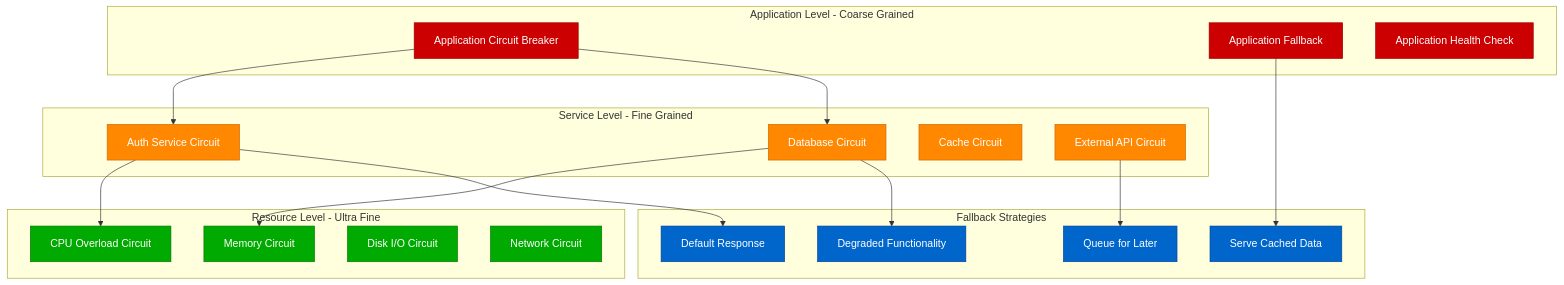
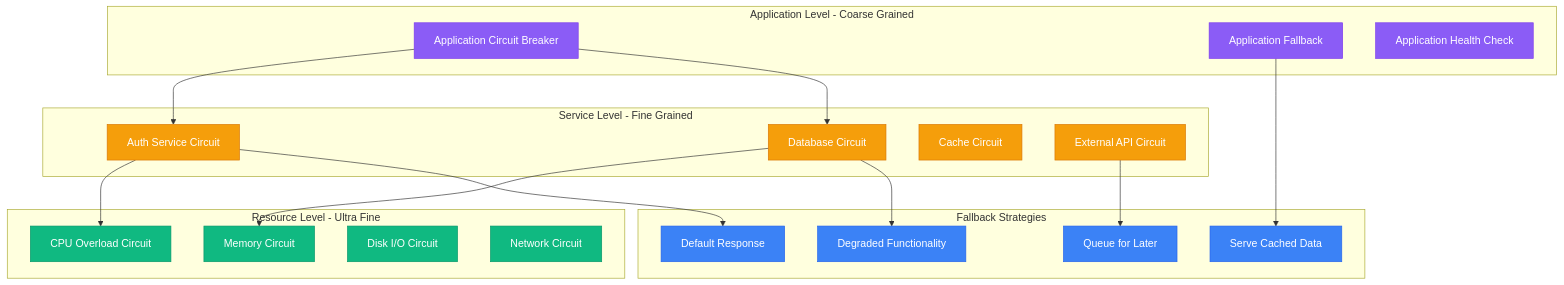
One commit to deepaucksharma/DS changed diagram 13 of 14 in site/docs/examples/implementation.md. Above: the diagram before and after it, drawn with Mermaid. The commit also changed other lines of this file and 303 other files, not shown here.

````diff
--- a/site/docs/examples/implementation.md
+++ b/site/docs/examples/implementation.md
@@ -590,49 +590,49 @@
 ```mermaid
 graph TB
     subgraph ApplicationLevel[Application Level - Coarse Grained]
         APP_CIRCUIT[Application Circuit Breaker]
         APP_FALLBACK[Application Fallback]
         APP_HEALTH[Application Health Check]
     end
 
     subgraph ServiceLevel[Service Level - Fine Grained]
         AUTH_CIRCUIT[Auth Service Circuit]
         DB_CIRCUIT[Database Circuit]
         CACHE_CIRCUIT[Cache Circuit]
         API_CIRCUIT[External API Circuit]
     end
 
     subgraph ResourceLevel[Resource Level - Ultra Fine]
         CPU_CIRCUIT[CPU Overload Circuit]
         MEMORY_CIRCUIT[Memory Circuit]
         DISK_CIRCUIT[Disk I/O Circuit]
         NETWORK_CIRCUIT[Network Circuit]
     end
 
     subgraph FallbackStrategies[Fallback Strategies]
         CACHED_DATA[Serve Cached Data]
         DEFAULT_RESPONSE[Default Response]
         DEGRADED_MODE[Degraded Functionality]
         QUEUE_REQUEST[Queue for Later]
     end
 
     APP_CIRCUIT --> AUTH_CIRCUIT
     APP_CIRCUIT --> DB_CIRCUIT
     AUTH_CIRCUIT --> CPU_CIRCUIT
     DB_CIRCUIT --> MEMORY_CIRCUIT
 
     APP_FALLBACK --> CACHED_DATA
     AUTH_CIRCUIT --> DEFAULT_RESPONSE
     DB_CIRCUIT --> DEGRADED_MODE
     API_CIRCUIT --> QUEUE_REQUEST
 
-    classDef appStyle fill:#CC0000,stroke:#990000,color:#fff
-    classDef serviceStyle fill:#FF8800,stroke:#CC6600,color:#fff
-    classDef resourceStyle fill:#00AA00,stroke:#007700,color:#fff
-    classDef fallbackStyle fill:#0066CC,stroke:#004499,color:#fff
+    classDef appStyle fill:#8B5CF6,stroke:#7C3AED,color:#fff
+    classDef serviceStyle fill:#F59E0B,stroke:#D97706,color:#fff
+    classDef resourceStyle fill:#10B981,stroke:#059669,color:#fff
+    classDef fallbackStyle fill:#3B82F6,stroke:#2563EB,color:#fff
 
     class APP_CIRCUIT,APP_FALLBACK,APP_HEALTH appStyle
     class AUTH_CIRCUIT,DB_CIRCUIT,CACHE_CIRCUIT,API_CIRCUIT serviceStyle
     class CPU_CIRCUIT,MEMORY_CIRCUIT,DISK_CIRCUIT,NETWORK_CIRCUIT resourceStyle
     class CACHED_DATA,DEFAULT_RESPONSE,DEGRADED_MODE,QUEUE_REQUEST fallbackStyle
 ```
````
